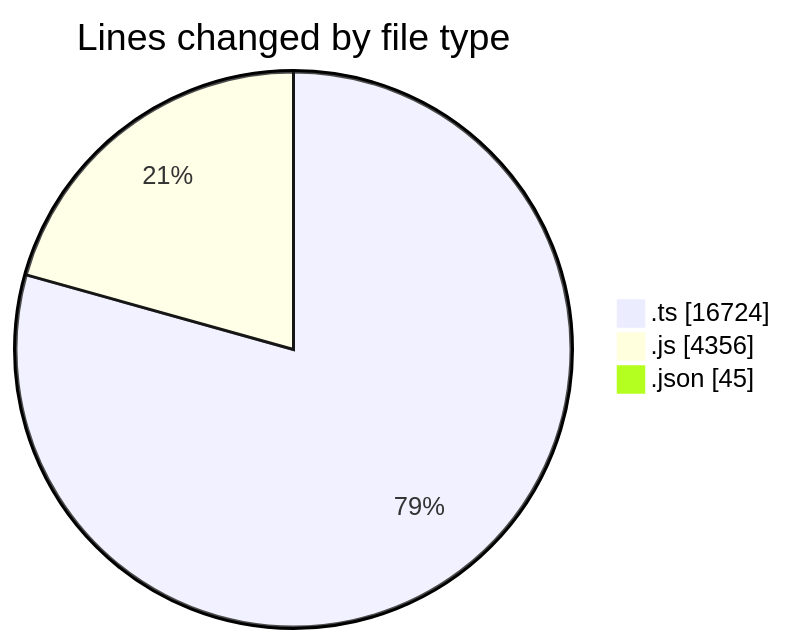
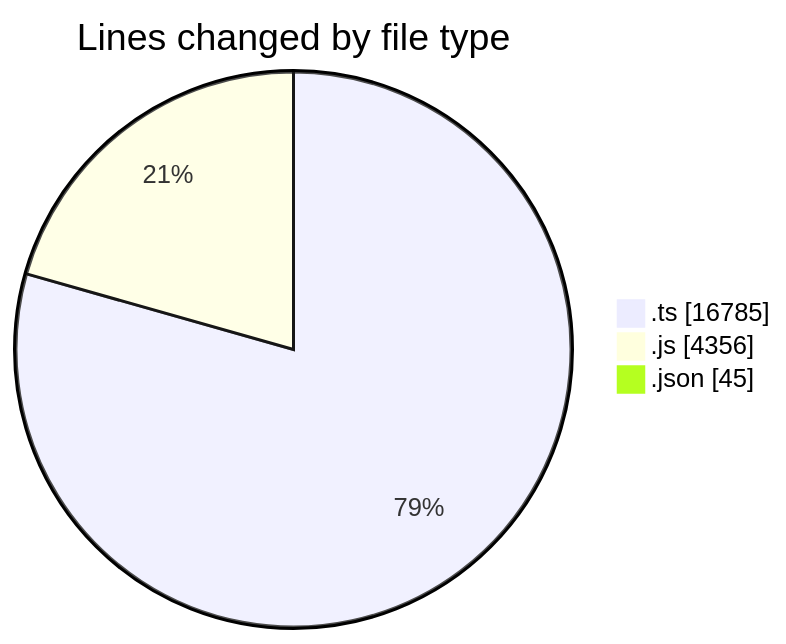
Before and after one commit to momahboobian/code-tracking: the first of 2 diagrams in 2025-07-29/cda/README.md, drawn with Mermaid. The commit also changed other lines of this file and 1 other file, not shown here.

````diff
--- a/2025-07-29/cda/README.md
+++ b/2025-07-29/cda/README.md
@@ -30,7 +30,7 @@
 ```mermaid
 pie showData
 title Lines changed by file type
-".ts" : 16724
+".ts" : 16785
 ".js" : 4356
 ".json" : 45
 ```
````
